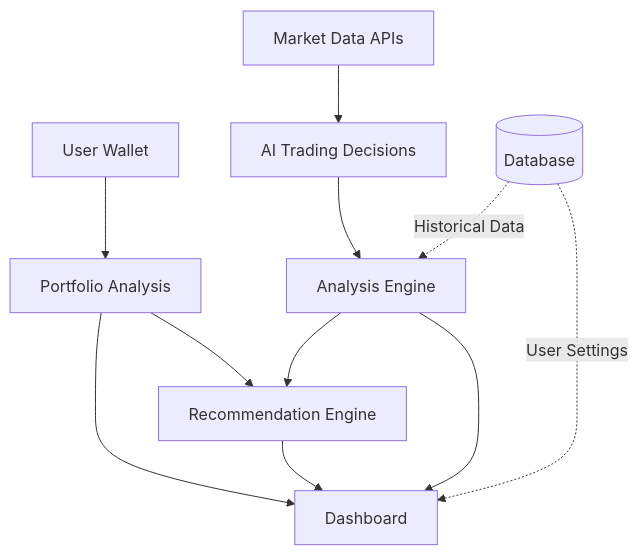
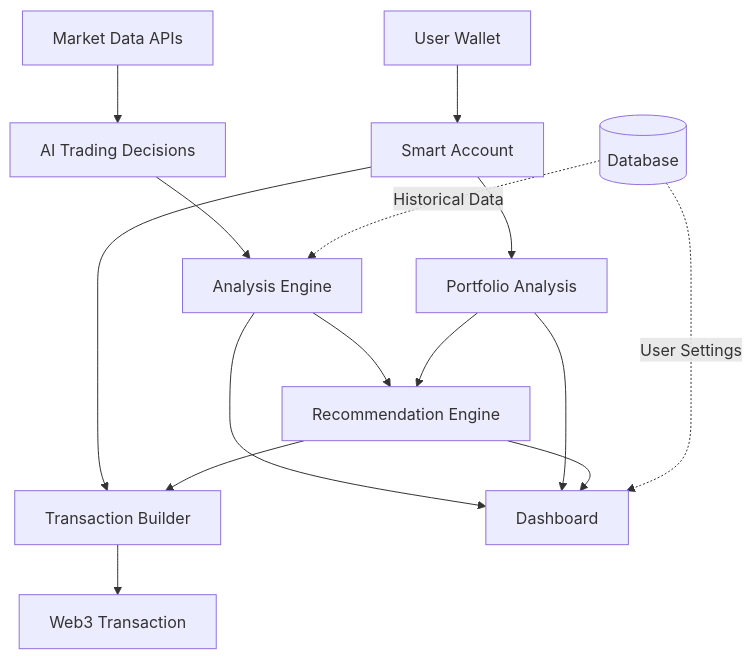
One commit to Qbandev/stbchef changed the diagram in README.md. Above: the diagram before and after it, drawn with Mermaid. The commit also changed other lines of this file and 48 other files, not shown here.

````diff
--- a/README.md
+++ b/README.md
@@ -100,13 +195,17 @@
 ```mermaid
 graph TD
-    A[User Wallet] --> B[Portfolio Analysis]
-    C[Market Data APIs] --> D[AI Trading Decisions]
-    D --> E[Analysis Engine]
-    E --> H[Recommendation Engine]
-    B --> G[Dashboard]
-    B --> H
-    F[(Database)]  -.->|Historical Data| E
-    F -.->|User Settings| G
-    H --> G
-    E --> G
+    A[User Wallet] --> B[Smart Account]
+    B --> C[Portfolio Analysis]
+    D[Market Data APIs] --> E[AI Trading Decisions]
+    E --> F[Analysis Engine]
+    F --> G[Recommendation Engine]
+    B --> H[Transaction Builder]
+    C --> G
+    G --> H
+    F --> I[Dashboard]
+    C --> I
+    G --> I
+    H --> J[Web3 Transaction]
+    K[(Database)]  -.->|Historical Data| F
+    K -.->|User Settings| I
 ```
````
